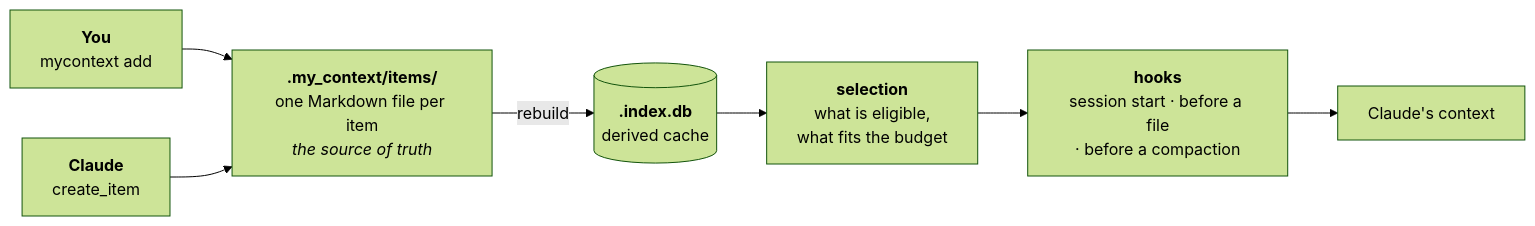
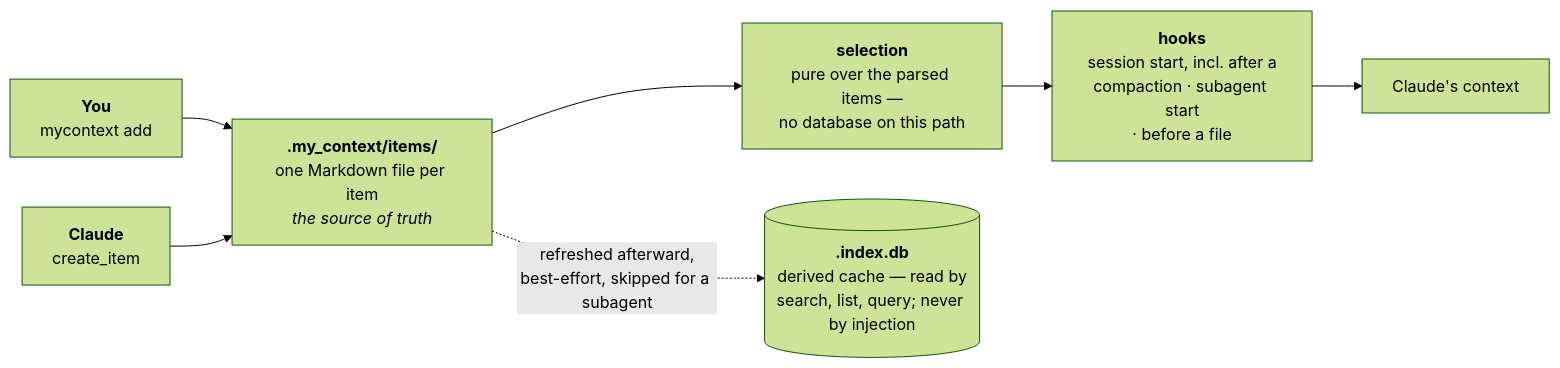
One commit to Dudi-Bar-On/my-context changed the diagram in docs/capabilities/00-index.md. Above: the diagram before and after it, drawn with Mermaid (forest theme). The commit also changed other lines of this file and 24 other files, not shown here.

First line of the commit message:
the fence that had been shipping as a mermaid error box, and twenty-seven claims that were only wrong

````diff
--- a/docs/capabilities/00-index.md
+++ b/docs/capabilities/00-index.md
@@ -25,9 +25,9 @@
 ```mermaid
 flowchart LR
   Y["<b>You</b><br/>mycontext add"] --> MD
   M["<b>Claude</b><br/>create_item"] --> MD["<b>.my_context/items/</b><br/>one Markdown file per item<br/><i>the source of truth</i>"]
-  MD -->|"rebuild"| DB[("<b>.index.db</b><br/>derived cache")]
-  DB --> SEL["<b>selection</b><br/>what is eligible,<br/>what fits the budget"]
-  SEL --> HK["<b>hooks</b><br/>session start · before a file<br/>· before a compaction"]
+  MD --> SEL["<b>selection</b><br/>pure over the parsed items —<br/>no database on this path"]
+  SEL --> HK["<b>hooks</b><br/>session start, incl. after a<br/>compaction · subagent start<br/>· before a file"]
   HK --> CX["Claude's context"]
+  MD -.->|"refreshed afterward,<br/>best-effort, skipped for a subagent"| DB[("<b>.index.db</b><br/>derived cache — read by<br/>search, list, query; never by injection")]
 ```
````
